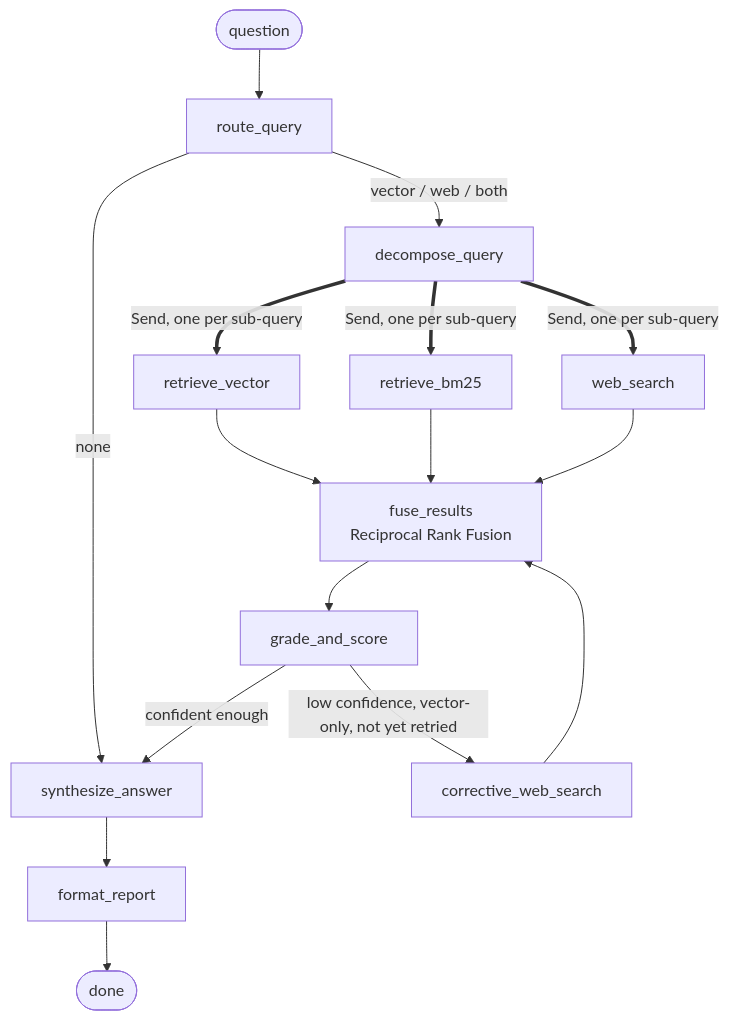
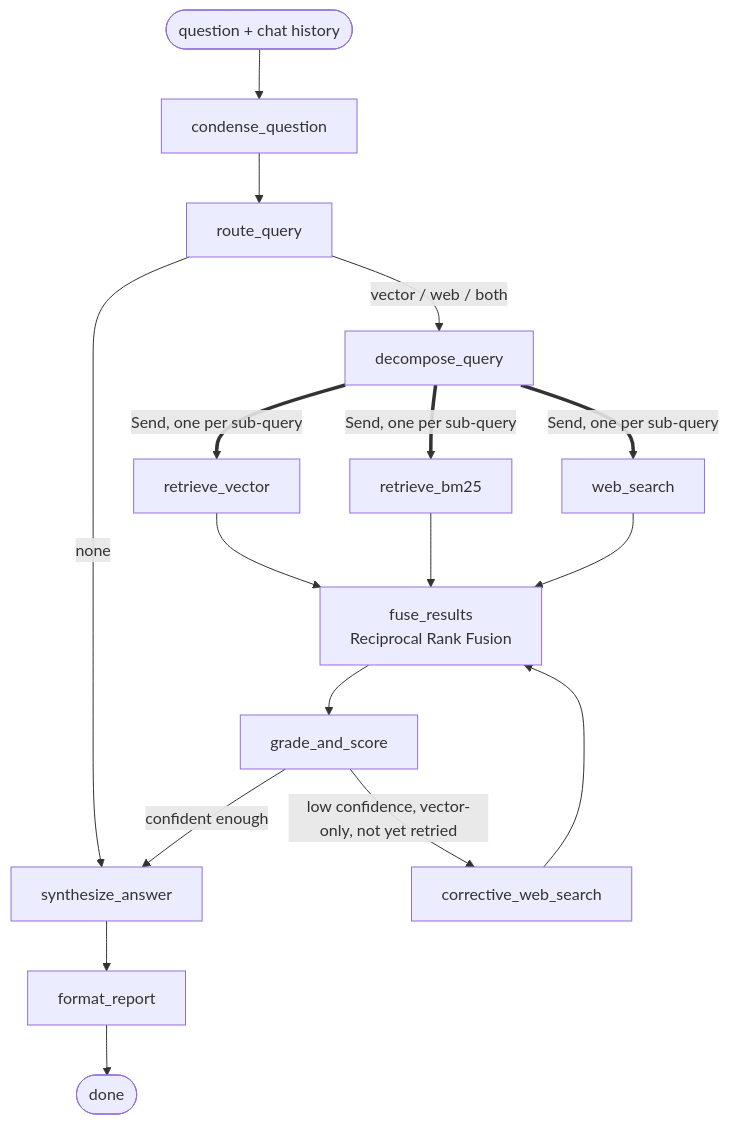
The diagram in README.md (richh-s/-adaptive-rag-research-assistant), drawn with Mermaid before and after one commit. The commit also changed other lines of this file and 49 other files, not shown here.

````diff
--- a/README.md
+++ b/README.md
@@ -64,22 +91,23 @@
 ```mermaid
 flowchart TD
-    START([question]) --> route[route_query]
+    START([question + chat history]) --> condense[condense_question]
+    condense --> route[route_query]
     route -- none --> synth[synthesize_answer]
     route -- vector / web / both --> decompose[decompose_query]
 
     decompose == Send, one per sub-query ==> retrieveVector[retrieve_vector]
     decompose == Send, one per sub-query ==> retrieveBM25[retrieve_bm25]
     decompose == Send, one per sub-query ==> webSearch[web_search]
 
     retrieveVector --> fuse[fuse_results\nReciprocal Rank Fusion]
     retrieveBM25 --> fuse
     webSearch --> fuse
 
     fuse --> grade[grade_and_score]
     grade -- low confidence, vector-only, not yet retried --> corrective[corrective_web_search]
     corrective --> fuse
     grade -- confident enough --> synth
 
     synth --> format[format_report]
     format --> DONE([done])
 ```
````
